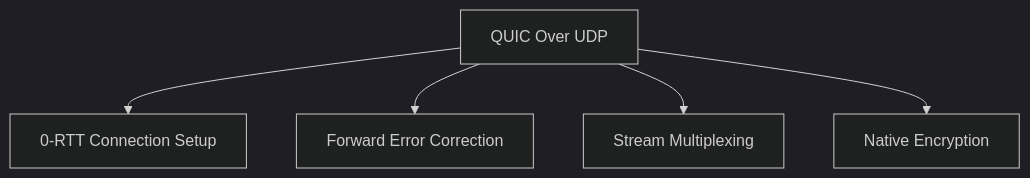
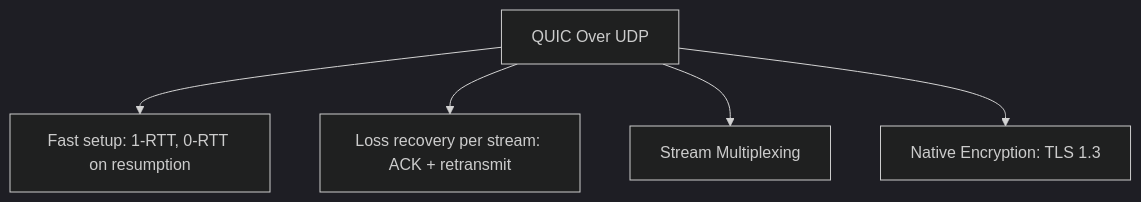
One commit to adaskin/sysprog-course changed the first of 3 diagrams in lectures/10a-intro-to-network.md. Above: the diagram before and after it, drawn with Mermaid (dark theme). The commit also changed other lines of this file and 8 other files, not shown here.

First line of the commit message:
Update networking lectures 10a-10c: fixes, Rust, robust sockets, diagrams

````diff
--- a/lectures/10a-intro-to-network.md
+++ b/lectures/10a-intro-to-network.md
@@ -171,7 +184,7 @@
 ```mermaid
 graph TD
-    A[QUIC Over UDP] --> B[0-RTT Connection Setup]
-    A --> C[Forward Error Correction]
+    A[QUIC Over UDP] --> B[Fast setup: 1-RTT, 0-RTT on resumption]
+    A --> C[Loss recovery per stream: ACK + retransmit]
     A --> D[Stream Multiplexing]
-    A --> E[Native Encryption]
+    A --> E[Native Encryption: TLS 1.3]
 ```
````
